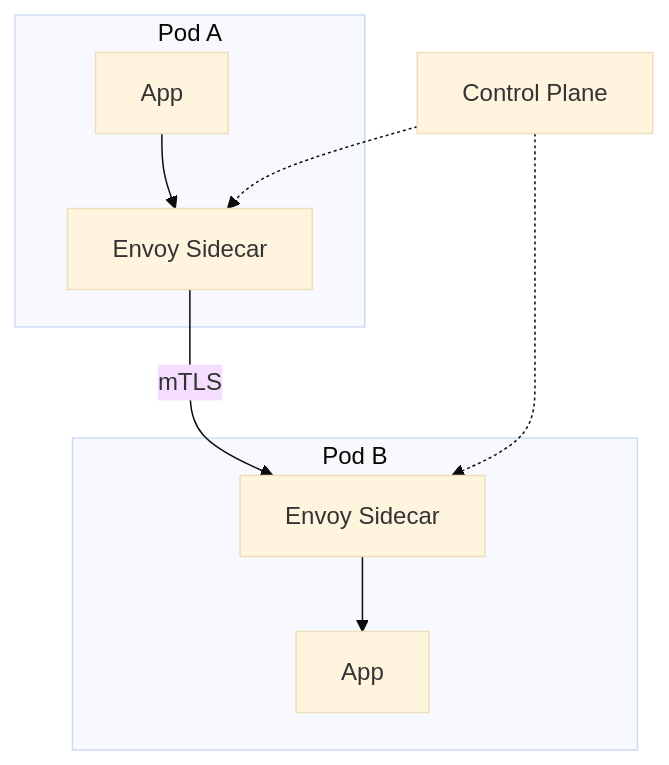
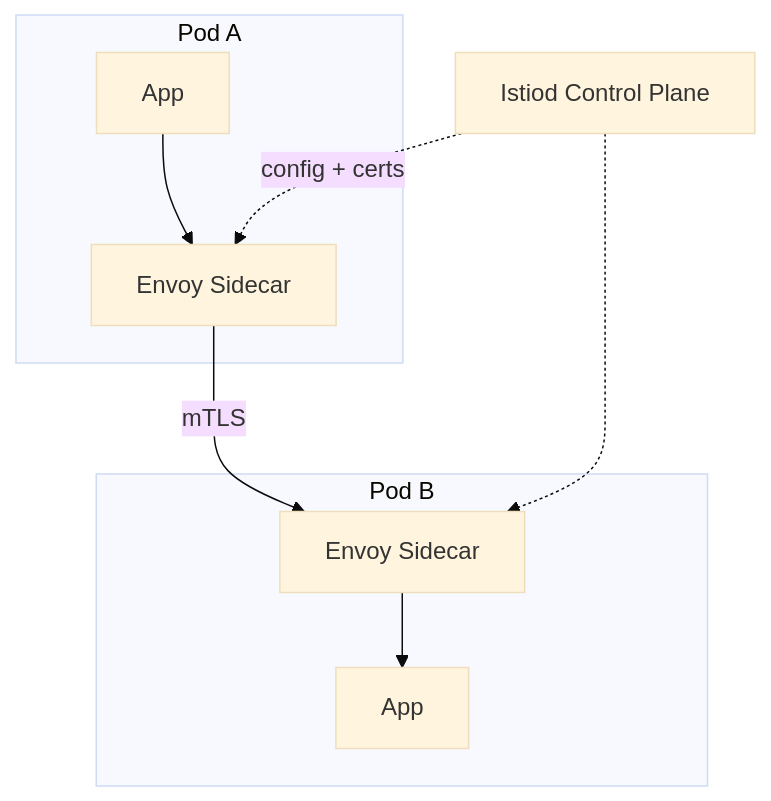
Diagram 16 of 27 in 08-microservices/README.md (hareramcse/SystemDesign), drawn with Mermaid (base theme) before and after one commit. The commit also changed other lines of this file and 14 other files, not shown here.

````diff
--- a/08-microservices/README.md
+++ b/08-microservices/README.md
@@ -805,12 +887,12 @@
 ```mermaid
 flowchart TB
     subgraph Pod A
         AppA[App] --> SideA[Envoy Sidecar]
     end
     subgraph Pod B
         SideB[Envoy Sidecar] --> AppB[App]
     end
     SideA -->|mTLS| SideB
-    CP[Control Plane] -.-> SideA
+    CP[Istiod Control Plane] -.->|config + certs| SideA
     CP -.-> SideB
 ```
````
